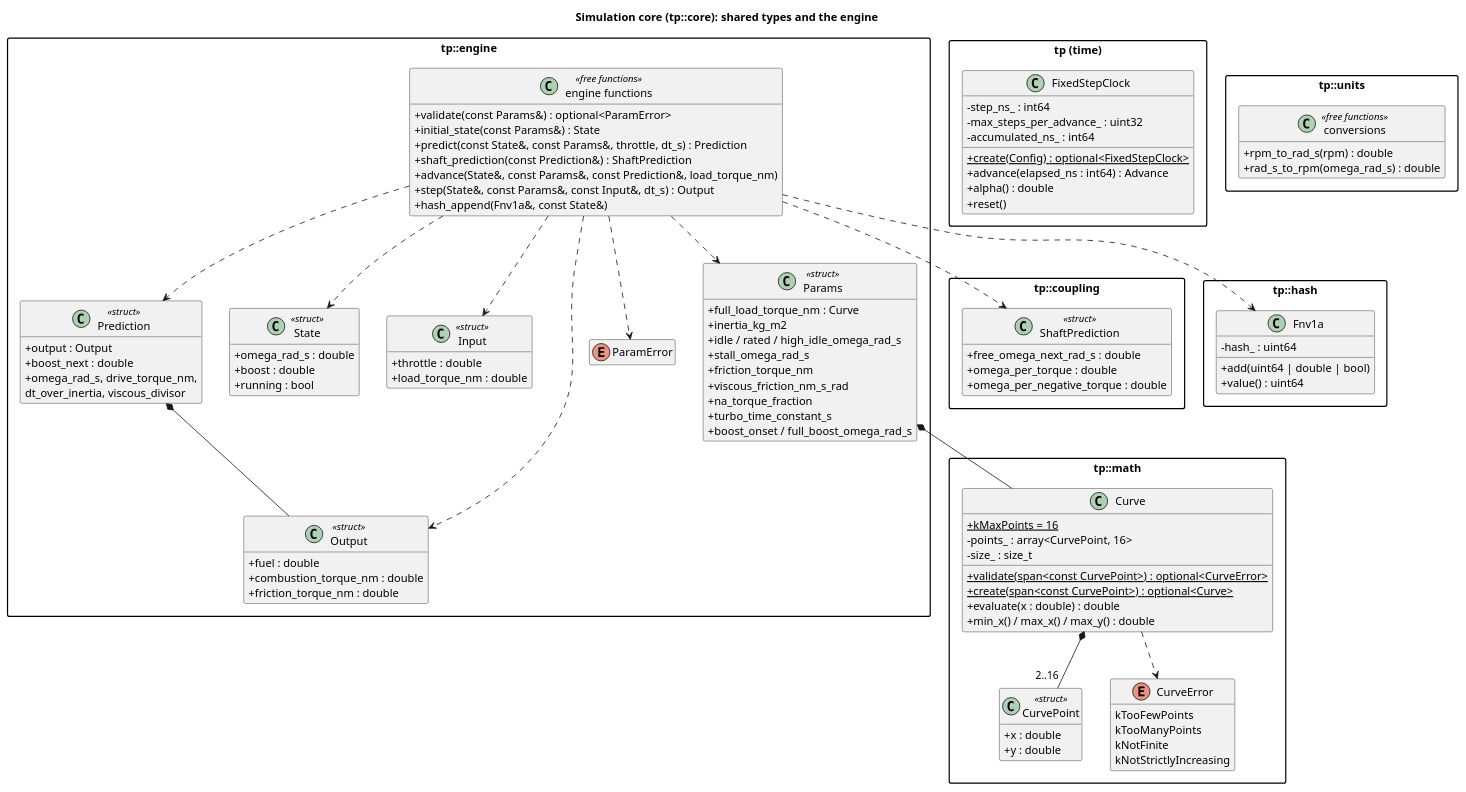
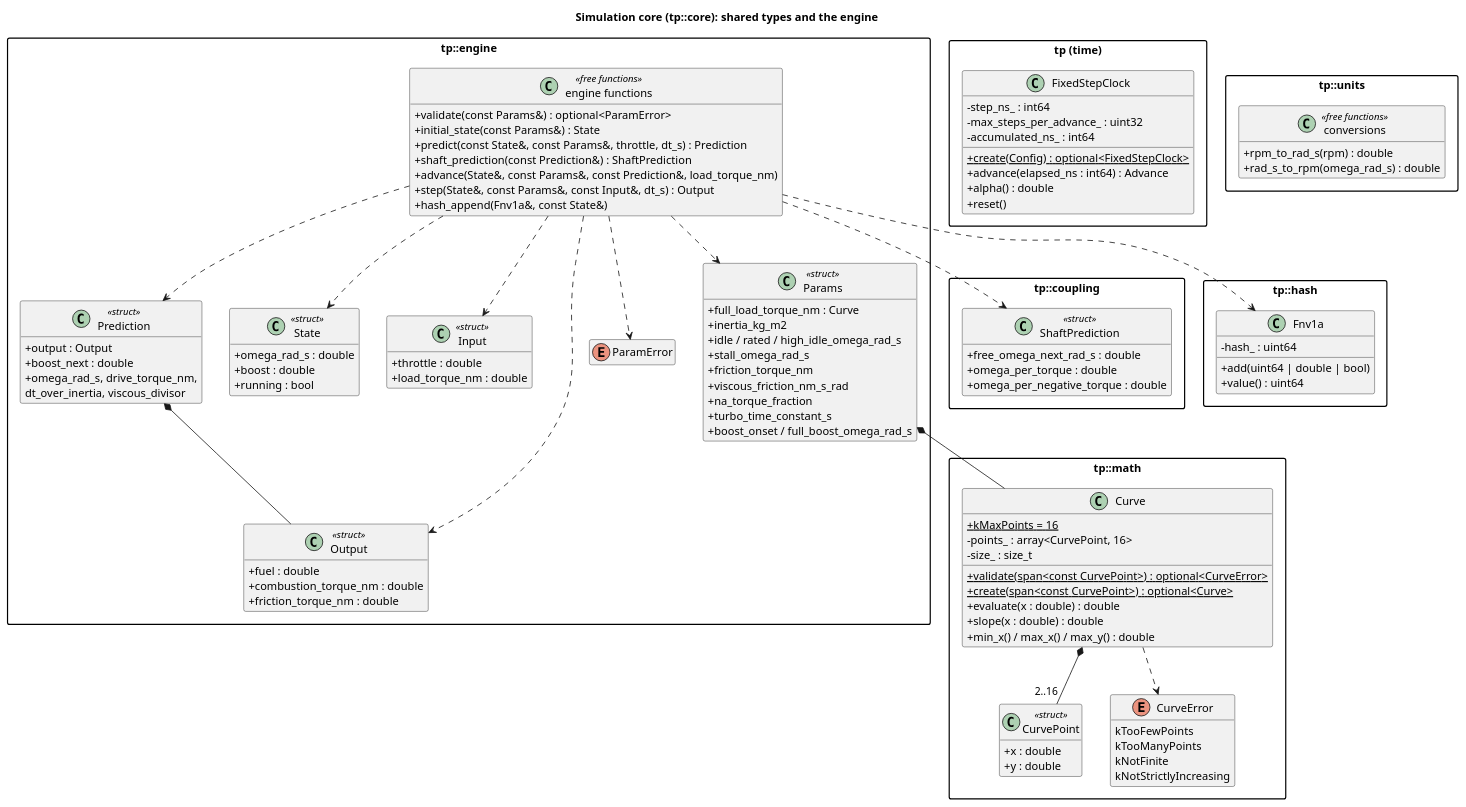
Before and after one commit to wversteeg/TractorPulling: the diagram in docs/diagrams/core_classes.puml, drawn with PlantUML. The commit also changed 12 other files, not shown here.

```diff
--- a/docs/diagrams/core_classes.puml
+++ b/docs/diagrams/core_classes.puml
@@ -1,122 +1,123 @@
 @startuml core_classes
 title Simulation core (tp::core): shared types and the engine
 hide empty members
 skinparam packageStyle rectangle
 skinparam classAttributeIconSize 0
 
   package "tp::coupling" {
     class ShaftPrediction <<struct>> {
       +free_omega_next_rad_s : double
       +omega_per_torque : double
       +omega_per_negative_torque : double
     }
   }
 
   package "tp::math" {
     class CurvePoint <<struct>> {
       +x : double
       +y : double
     }
     enum CurveError {
       kTooFewPoints
       kTooManyPoints
       kNotFinite
       kNotStrictlyIncreasing
     }
     class Curve {
       +{static} kMaxPoints = 16
       -points_ : array<CurvePoint, 16>
       -size_ : size_t
       +{static} validate(span<const CurvePoint>) : optional<CurveError>
       +{static} create(span<const CurvePoint>) : optional<Curve>
       +evaluate(x : double) : double
+      +slope(x : double) : double
       +min_x() / max_x() / max_y() : double
     }
     Curve *-- "2..16" CurvePoint
     Curve ..> CurveError
   }
 
   package "tp::engine" {
     class Params <<struct>> {
       +full_load_torque_nm : Curve
       +inertia_kg_m2
       +idle / rated / high_idle_omega_rad_s
       +stall_omega_rad_s
       +friction_torque_nm
       +viscous_friction_nm_s_rad
       +na_torque_fraction
       +turbo_time_constant_s
       +boost_onset / full_boost_omega_rad_s
     }
     class State <<struct>> {
       +omega_rad_s : double
       +boost : double
       +running : bool
     }
     class Input <<struct>> {
       +throttle : double
       +load_torque_nm : double
     }
     class Output <<struct>> {
       +fuel : double
       +combustion_torque_nm : double
       +friction_torque_nm : double
     }
     enum ParamError
     class Prediction <<struct>> {
       +output : Output
       +boost_next : double
       +omega_rad_s, drive_torque_nm,
        dt_over_inertia, viscous_divisor
     }
     class "engine functions" as EngineFns <<free functions>> {
       +validate(const Params&) : optional<ParamError>
       +initial_state(const Params&) : State
       +predict(const State&, const Params&, throttle, dt_s) : Prediction
       +shaft_prediction(const Prediction&) : ShaftPrediction
       +advance(State&, const Params&, const Prediction&, load_torque_nm)
       +step(State&, const Params&, const Input&, dt_s) : Output
       +hash_append(Fnv1a&, const State&)
     }
     Prediction *-- Output
     EngineFns ..> Prediction
     Params *-- Curve
     EngineFns ..> Params
     EngineFns ..> State
     EngineFns ..> Input
     EngineFns ..> Output
     EngineFns ..> ParamError
   }
 
 
   EngineFns ..> ShaftPrediction
 
   package "tp::hash" {
     class Fnv1a {
       -hash_ : uint64
       +add(uint64 | double | bool)
       +value() : uint64
     }
   }
   EngineFns ..> Fnv1a
 
   package "tp (time)" {
     class FixedStepClock {
       -step_ns_ : int64
       -max_steps_per_advance_ : uint32
       -accumulated_ns_ : int64
       +{static} create(Config) : optional<FixedStepClock>
       +advance(elapsed_ns : int64) : Advance
       +alpha() : double
       +reset()
     }
   }
 
   package "tp::units" {
     class "conversions" as Units <<free functions>> {
       +rpm_to_rad_s(rpm) : double
       +rad_s_to_rpm(omega_rad_s) : double
     }
   }
 
 @enduml
```
